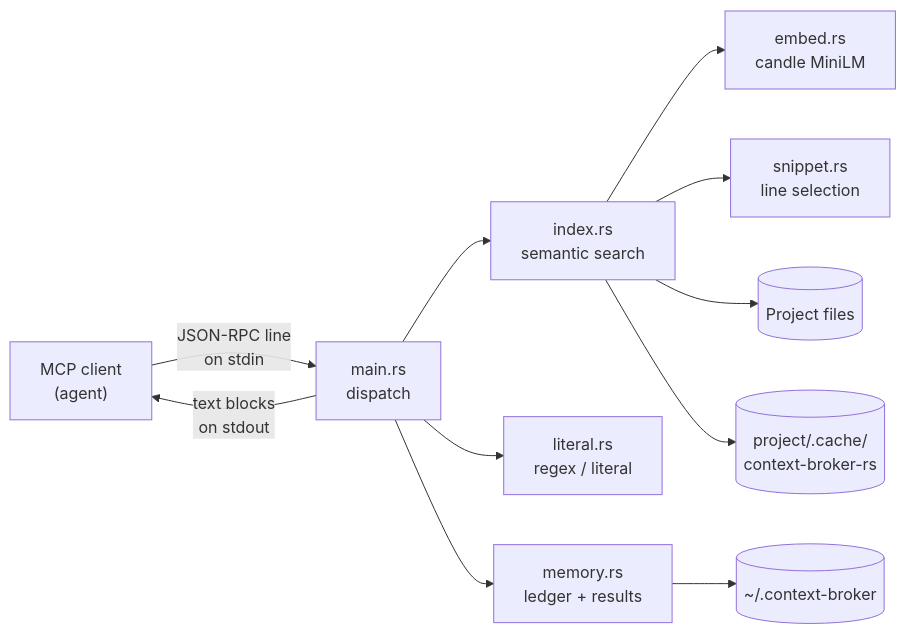
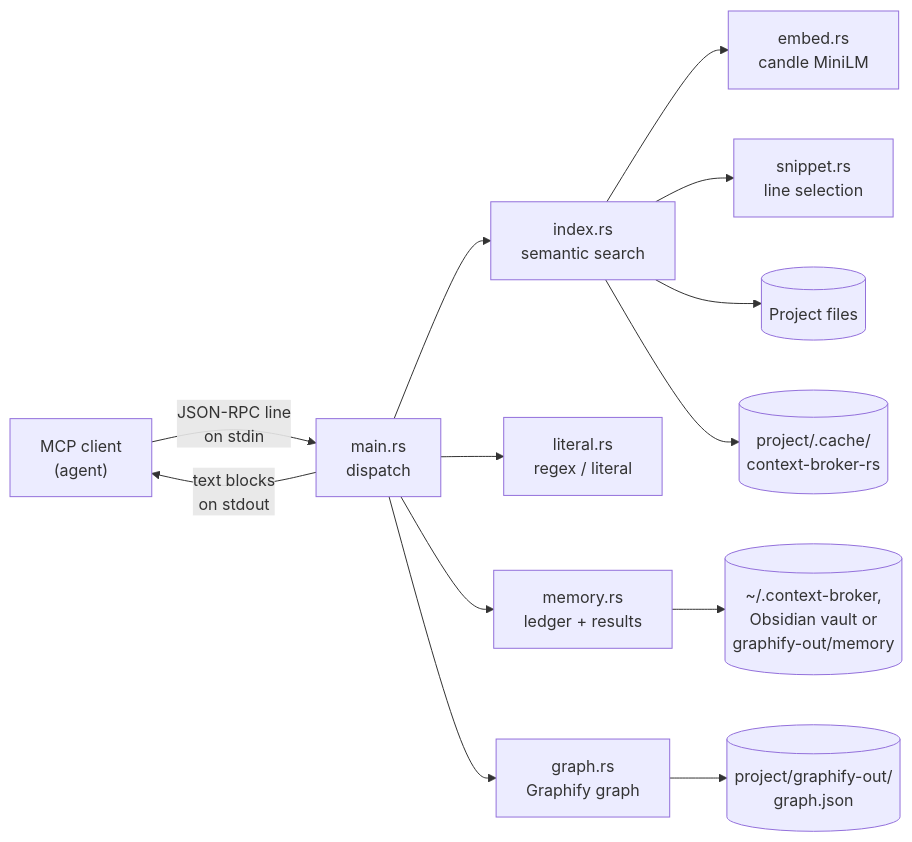
The diagram in README.md (InSelfControll/context-broker-rs), drawn with Mermaid before and after one commit. The commit also changed other lines of this file and 11 other files, not shown here.

First line of the commit message:
Add Obsidian and Graphify storage, detection, export and graph queries

````diff
--- a/README.md
+++ b/README.md
@@ -206,13 +210,15 @@
 ```mermaid
 flowchart LR
     Client["MCP client<br/>(agent)"] -->|"JSON-RPC line<br/>on stdin"| Main["main.rs<br/>dispatch"]
     Main --> Search["index.rs<br/>semantic search"]
     Main --> Literal["literal.rs<br/>regex / literal"]
     Main --> Memory["memory.rs<br/>ledger + results"]
+    Main --> Graph["graph.rs<br/>Graphify graph"]
     Search --> Embed["embed.rs<br/>candle MiniLM"]
     Search --> Snip["snippet.rs<br/>line selection"]
     Search --> Files[("Project files")]
     Search --> Cache[("project/.cache/<br/>context-broker-rs")]
-    Memory --> Store[("~/.context-broker")]
+    Memory --> Store[("~/.context-broker,<br/>Obsidian vault or<br/>graphify-out/memory")]
+    Graph --> GraphFile[("project/graphify-out/<br/>graph.json")]
     Main -->|"text blocks<br/>on stdout"| Client
 ```
````
